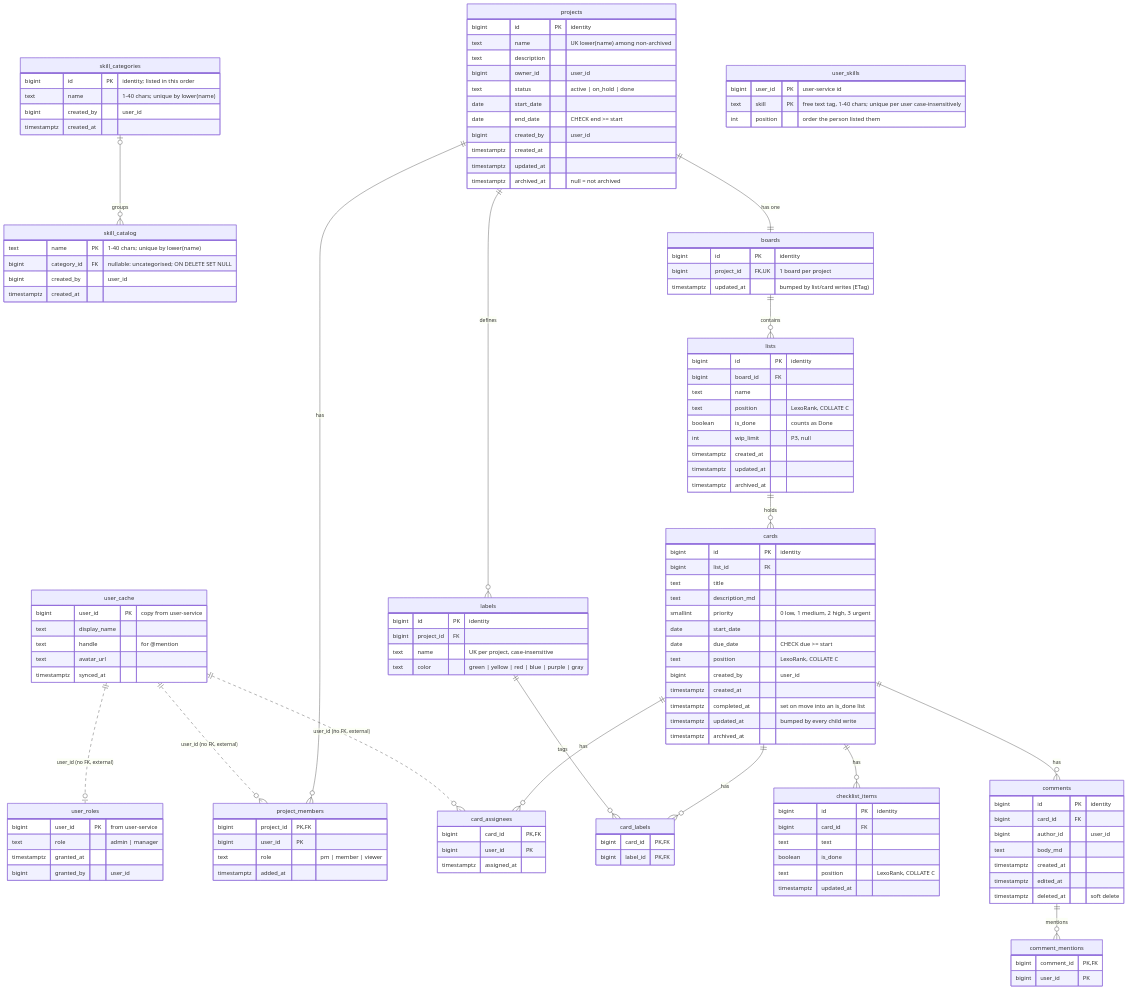
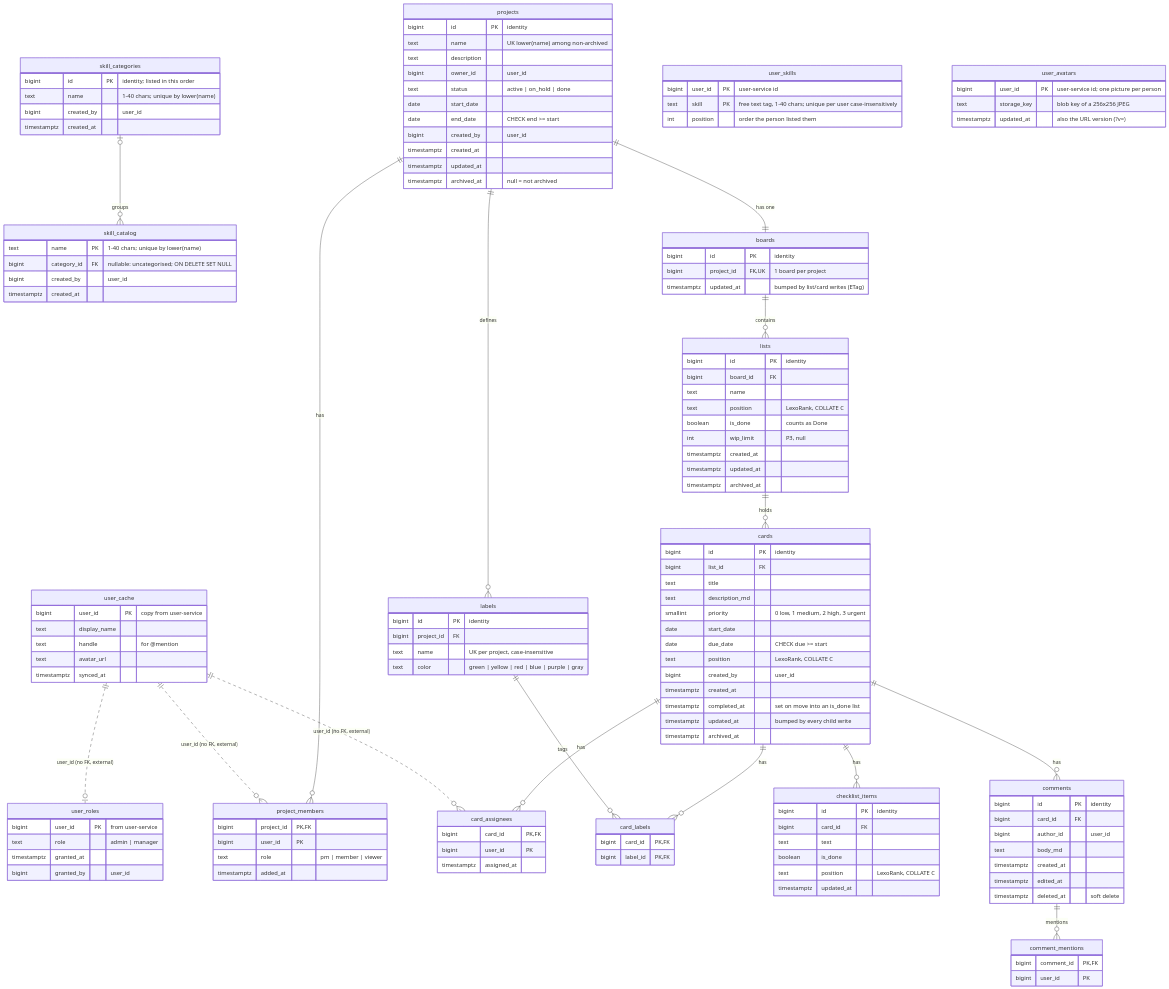
One commit to JklvJohny/Project-tracking changed the first of 2 diagrams in docs/ERD.md. Above: the diagram before and after it, drawn with Mermaid. The commit also changed 29 other files, not shown here.

```diff
--- a/docs/ERD.md
+++ b/docs/ERD.md
@@ -53,6 +53,11 @@
         text name "1-40 chars; unique by lower(name)"
         bigint created_by "user_id"
         timestamptz created_at
+    }
+    user_avatars {
+        bigint user_id PK "user-service id; one picture per person"
+        text storage_key "blob key of a 256x256 JPEG"
+        timestamptz updated_at "also the URL version (?v=)"
     }
     projects {
         bigint id PK "identity"
```
